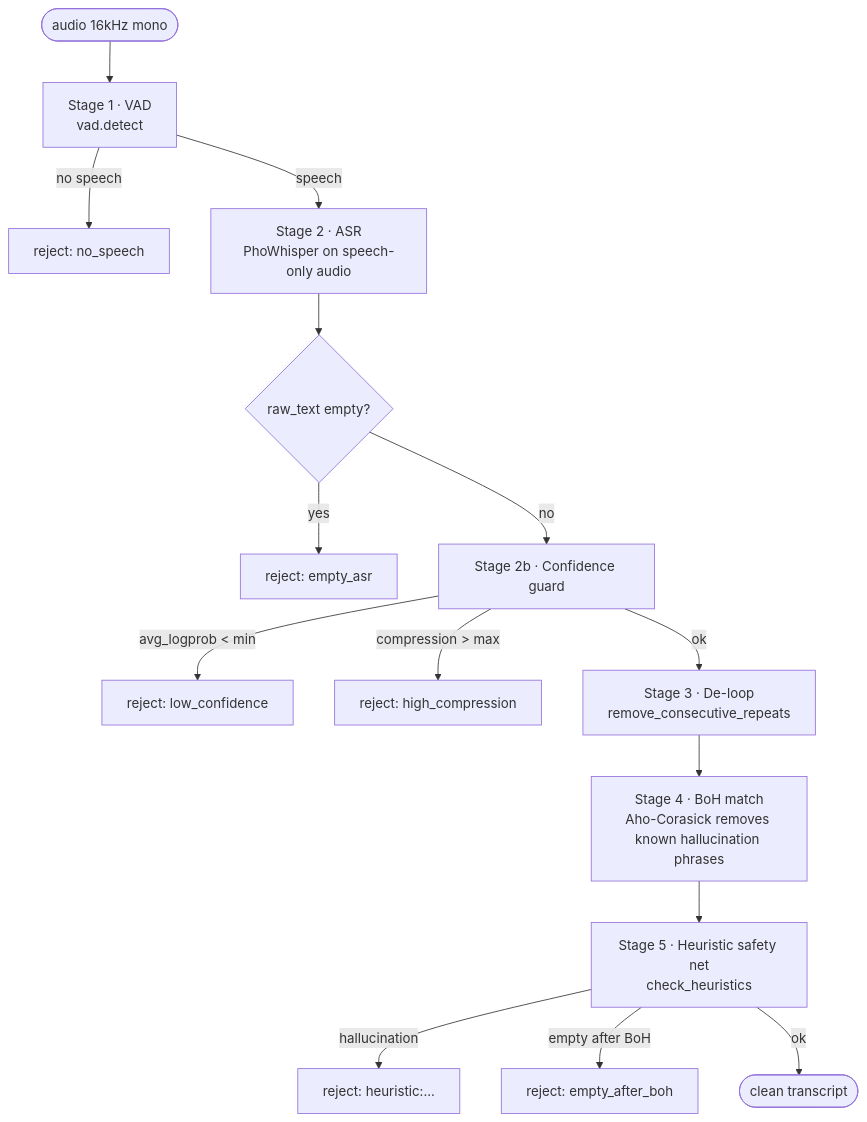
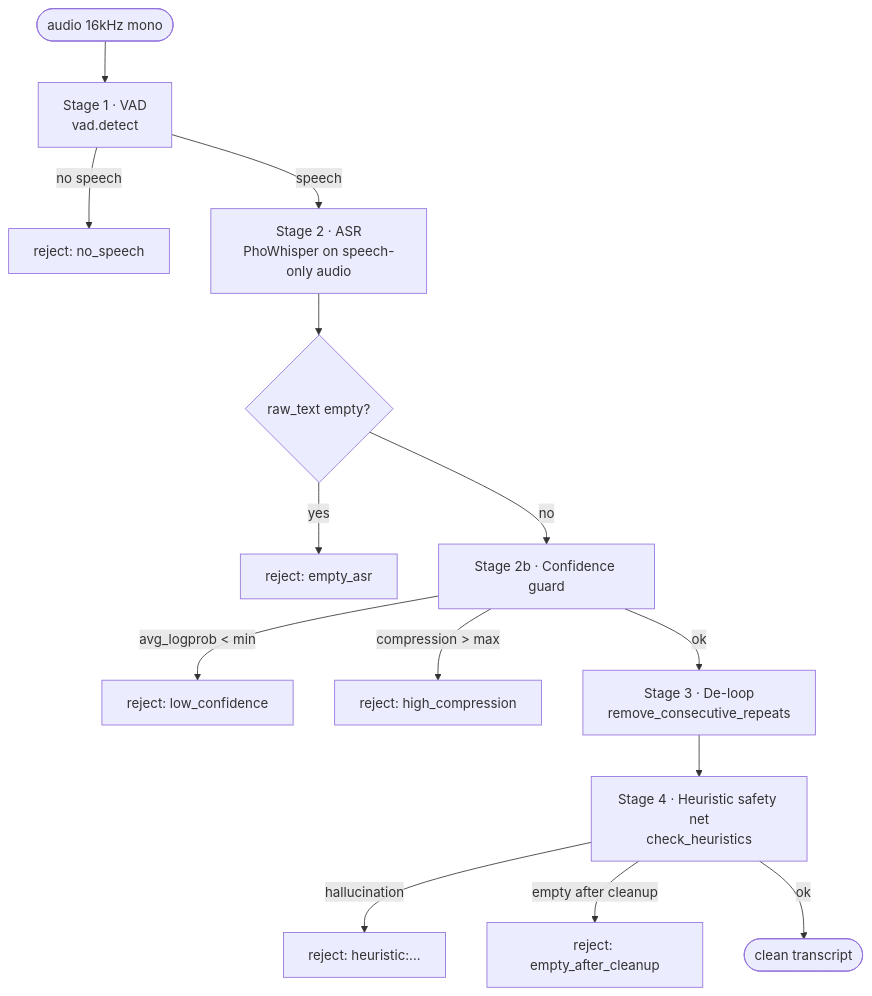
One commit to finalflash159/soca changed the first of 2 diagrams in docs/04-asr-robustness.md. Above: the diagram before and after it, drawn with Mermaid. The commit also changed other lines of this file and 1 other file, not shown here.

````diff
--- a/docs/04-asr-robustness.md
+++ b/docs/04-asr-robustness.md
@@ -11,17 +11,16 @@
 ```mermaid
 flowchart TD
     A([audio 16kHz mono]) --> S1[Stage 1 · VAD<br/>vad.detect]
     S1 -->|no speech| R1[reject: no_speech]
     S1 -->|speech| S2[Stage 2 · ASR<br/>PhoWhisper on speech-only audio]
     S2 --> E{raw_text empty?}
     E -->|yes| R2[reject: empty_asr]
     E -->|no| S2b[Stage 2b · Confidence guard]
     S2b -->|avg_logprob &lt; min| R3[reject: low_confidence]
     S2b -->|compression &gt; max| R4[reject: high_compression]
     S2b -->|ok| S3[Stage 3 · De-loop<br/>remove_consecutive_repeats]
-    S3 --> S4[Stage 4 · BoH match<br/>Aho-Corasick removes known hallucination phrases]
-    S4 --> S5[Stage 5 · Heuristic safety net<br/>check_heuristics]
-    S5 -->|hallucination| R5[reject: heuristic:...]
-    S5 -->|empty after BoH| R6[reject: empty_after_boh]
-    S5 -->|ok| OK([clean transcript])
+    S3 --> S4[Stage 4 · Heuristic safety net<br/>check_heuristics]
+    S4 -->|hallucination| R5[reject: heuristic:...]
+    S4 -->|empty after cleanup| R6[reject: empty_after_cleanup]
+    S4 -->|ok| OK([clean transcript])
 ```
````
